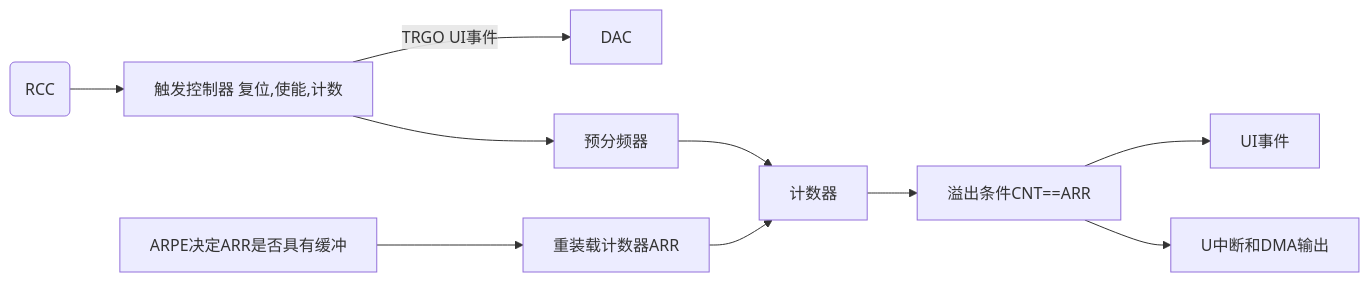
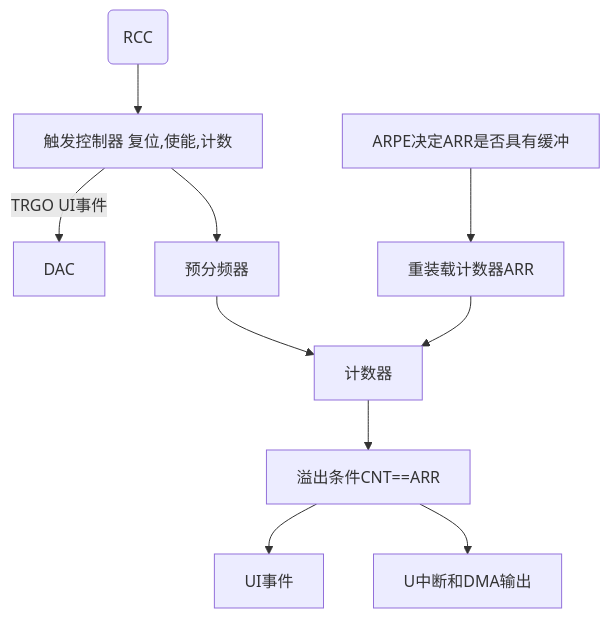
Before and after one commit to Ruomio/notes: the first of 2 diagrams in STM32.md, drawn with Mermaid. The commit also changed other lines of this file and 1 other file, not shown here.

````diff
--- a/STM32.md
+++ b/STM32.md
@@ -203,13 +203,13 @@
 ```mermaid
-graph LR
+graph TB
 	A(RCC) --> B[触发控制器 复位,使能,计数]
 	B --> |TRGO UI事件| C[DAC]
     B --> D[预分频器]
     D --> E[计数器]
     F[重装载计数器ARR] --> E
     FL[ARPE决定ARR是否具有缓冲] --> F
     E --> G[溢出条件CNT==ARR]
     G --> H[UI事件]
     G --> I[U中断和DMA输出]
 
 ```
````
